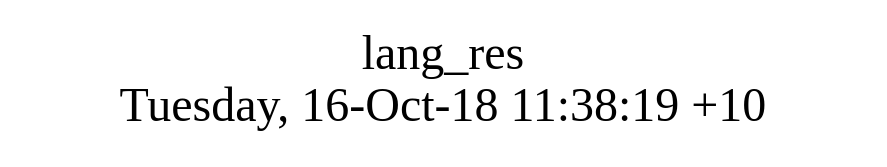
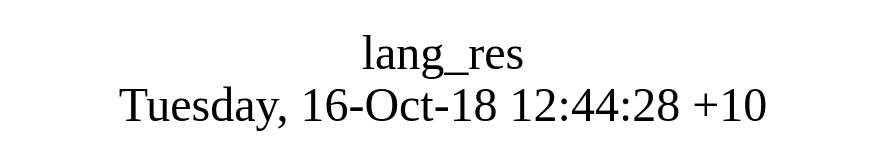
The diagram in src/lang_res/struct.dot (AplaProject/apps), drawn with Graphviz before and after one commit. The commit also changed 27 other files, not shown here.

```diff
--- a/src/lang_res/struct.dot
+++ b/src/lang_res/struct.dot
@@ -1,8 +1,8 @@
 digraph G {
 fontsize="24";
-label="lang_res\nTuesday, 16-Oct-18 11:38:19 +10";
+label="lang_res\nTuesday, 16-Oct-18 12:44:28 +10";
 nojustify=true;
 ordering=out;
 rankdir=LR;
 size="30";
 }
```
